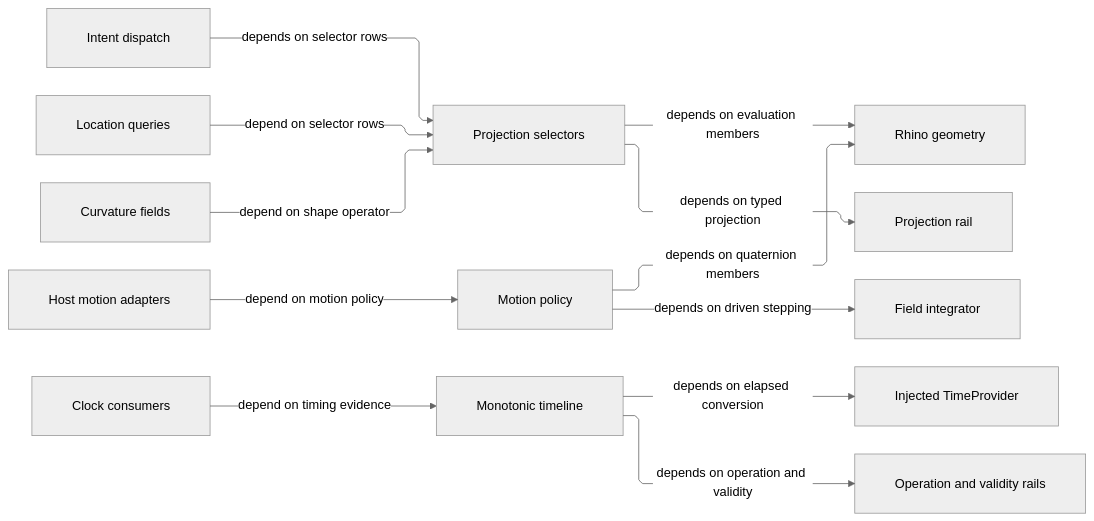
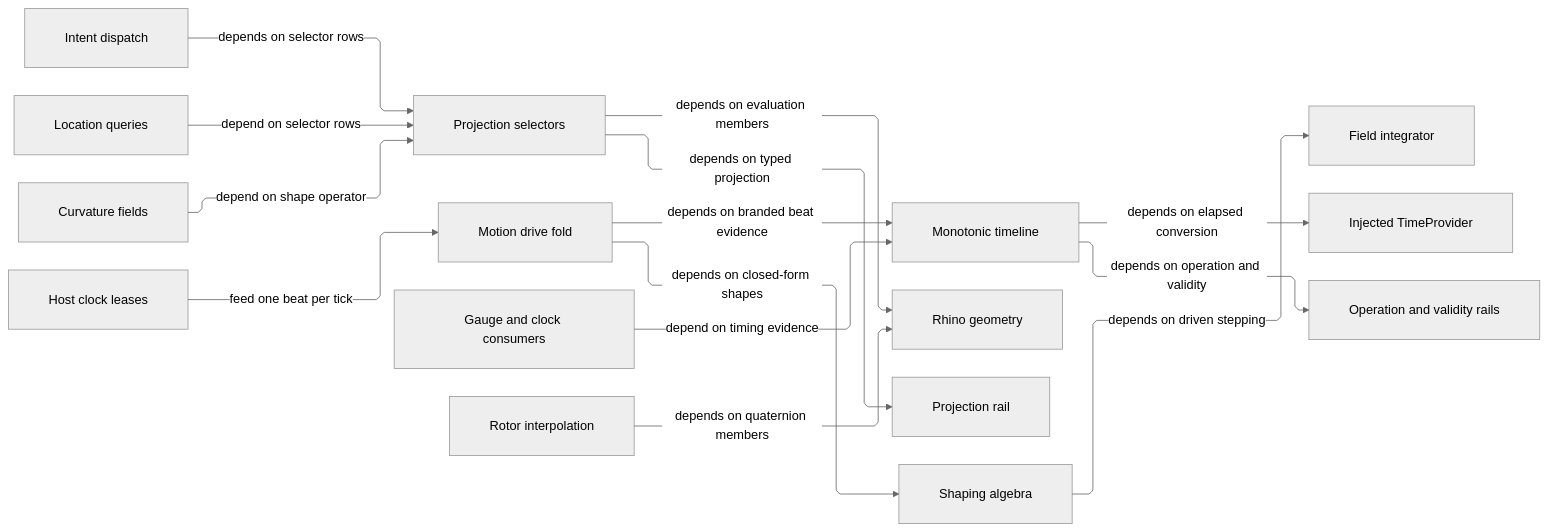
One commit to bsamiee/Rasm changed the diagram in libs/csharp/Rasm/.planning/Parametric/projections.md. Above: the diagram before and after it, drawn with Mermaid (neutral theme). The commit also changed other lines of this file and 818 other files, not shown here.

````diff
--- a/libs/csharp/Rasm/.planning/Parametric/projections.md
+++ b/libs/csharp/Rasm/.planning/Parametric/projections.md
@@ -733,26 +1117,28 @@
 ```mermaid
 ---
 config:
   layout: elk
   elk:
     nodePlacementStrategy: NETWORK_SIMPLEX
     considerModelOrder: NODES_AND_EDGES
   flowchart:
     curve: linear
     padding: 25
 ---
 flowchart LR
-    accTitle: Parametric projection dependency graph
-    accDescr: Projection and timing owners depend on verified geometry, numerical, colour, rail, and monotonic-clock surfaces while host consumers depend only on those owners.
+    accTitle: Parametric projection and motion dependency graph
+    accDescr: Projection, timing, and motion owners depend on verified geometry, numerical, rail, and monotonic-clock surfaces while host leases depend only on the sampling fold.
     Intent["Intent dispatch"] -->|"depends on selector rows"| Selectors["Projection selectors"]
     Locate["Location queries"] -->|"depend on selector rows"| Selectors
     Fields["Curvature fields"] -->|"depend on shape operator"| Selectors
-    Hosts["Host motion adapters"] -->|"depend on motion policy"| Motion["Motion policy"]
-    Consumers["Clock consumers"] -->|"depend on timing evidence"| Timeline["Monotonic timeline"]
+    Leases["Host clock leases"] -->|"feed one beat per tick"| Drive["Motion drive fold"]
+    Consumers["Gauge and clock consumers"] -->|"depend on timing evidence"| Timeline["Monotonic timeline"]
     Selectors selectorRhino@-->|"depends on evaluation members"| Rhino["Rhino geometry"]
     Selectors selectorRail@-->|"depends on typed projection"| Projection["Projection rail"]
-    Motion motionRhino@-->|"depends on quaternion members"| Rhino
-    Motion motionStep@-->|"depends on driven stepping"| Integrator["Field integrator"]
+    Rotors["Rotor interpolation"] rotorRhino@-->|"depends on quaternion members"| Rhino
+    Drive driveShapes@-->|"depends on closed-form shapes"| Shapes["Shaping algebra"]
+    Drive driveBeat@-->|"depends on branded beat evidence"| Timeline
+    Shapes shapeStep@-->|"depends on driven stepping"| Integrator["Field integrator"]
     Timeline timelineProvider@-->|"depends on elapsed conversion"| Provider["Injected TimeProvider"]
     Timeline timelineRail@-->|"depends on operation and validity"| Rails["Operation and validity rails"]
 ```
````
